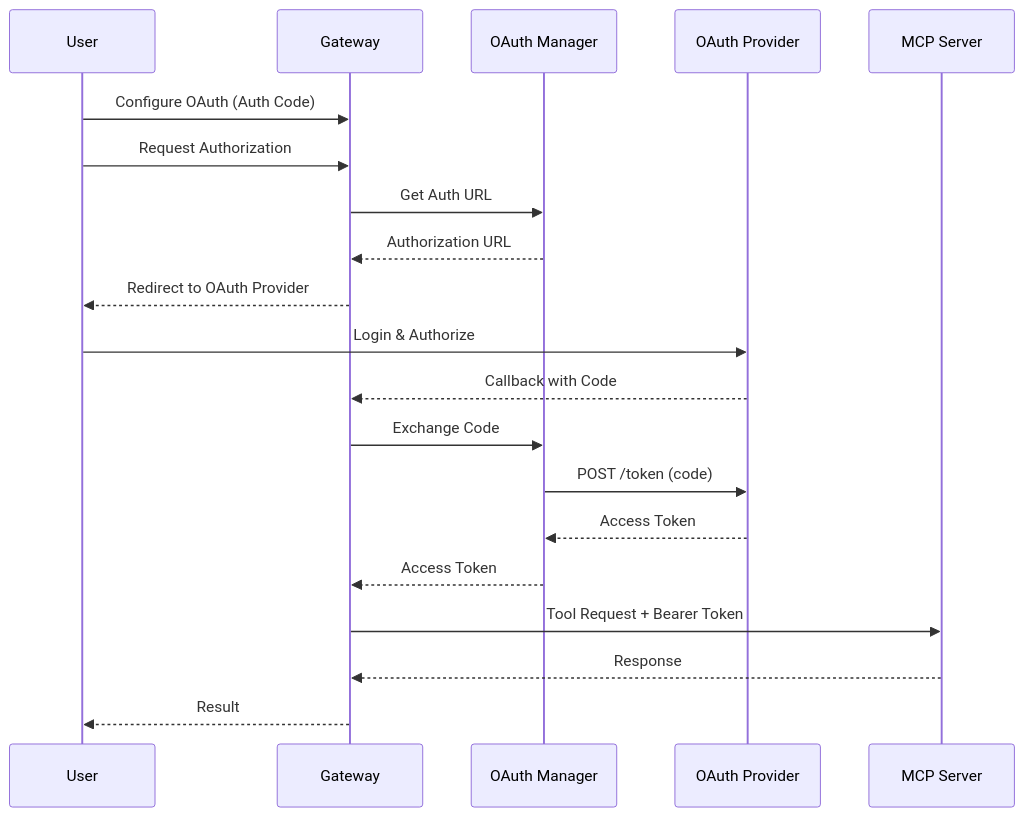
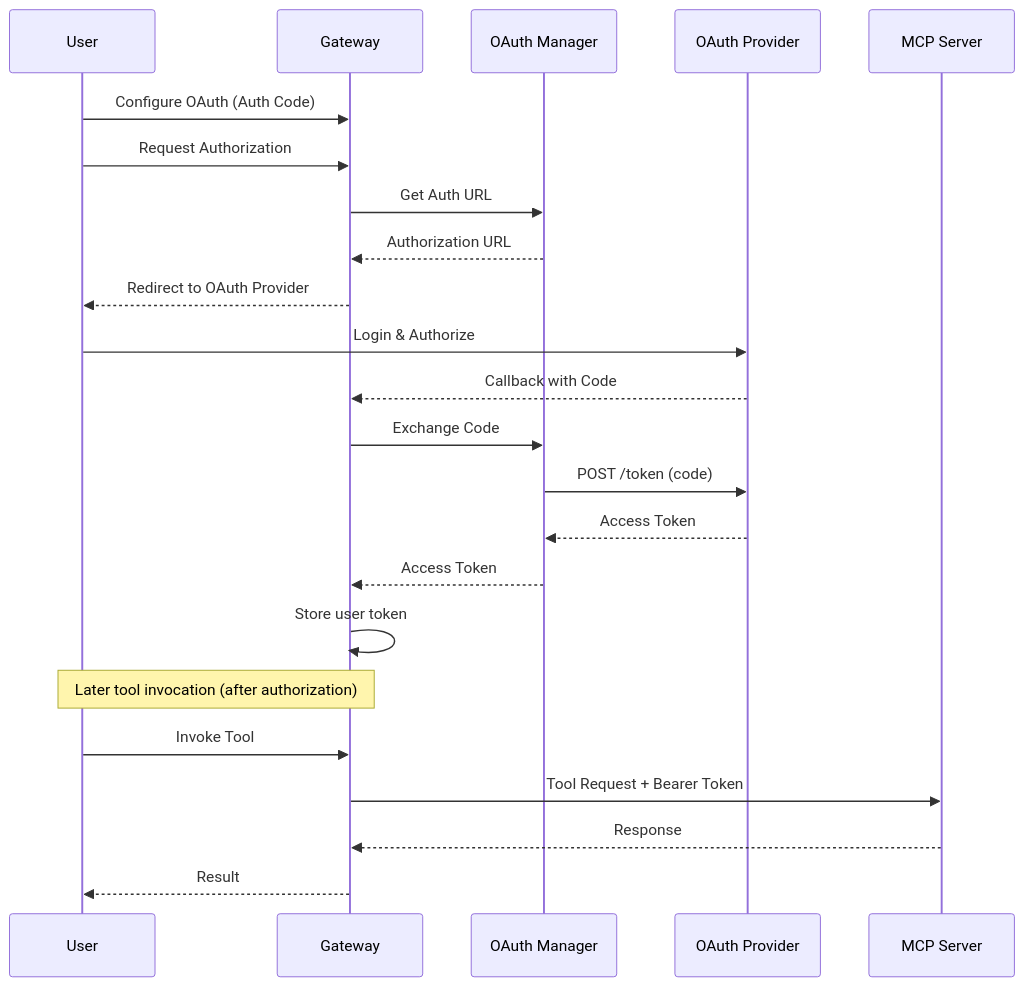
One commit to tedhabeck/mcp-context-forge changed the third of 3 diagrams in docs/docs/architecture/oauth-design.md. Above: the diagram before and after it, drawn with Mermaid. The commit also changed other lines of this file and 147 other files, not shown here.

First line of the commit message:
docs: refresh docs formatting, links, and diagrams (#2624)

````diff
--- a/docs/docs/architecture/oauth-design.md
+++ b/docs/docs/architecture/oauth-design.md
@@ -315,23 +315,27 @@
 ```mermaid
 sequenceDiagram
     participant User
     participant Gateway
     participant OAuth Manager
     participant OAuth Provider
     participant MCP Server
 
     User->>Gateway: Configure OAuth (Auth Code)
     User->>Gateway: Request Authorization
     Gateway->>OAuth Manager: Get Auth URL
     OAuth Manager-->>Gateway: Authorization URL
     Gateway-->>User: Redirect to OAuth Provider
     User->>OAuth Provider: Login & Authorize
     OAuth Provider-->>Gateway: Callback with Code
     Gateway->>OAuth Manager: Exchange Code
     OAuth Manager->>OAuth Provider: POST /token (code)
     OAuth Provider-->>OAuth Manager: Access Token
     OAuth Manager-->>Gateway: Access Token
+    Gateway->>Gateway: Store user token
+
+    Note over User,Gateway: Later tool invocation (after authorization)
+    User->>Gateway: Invoke Tool
     Gateway->>MCP Server: Tool Request + Bearer Token
     MCP Server-->>Gateway: Response
     Gateway-->>User: Result
 ```
````
